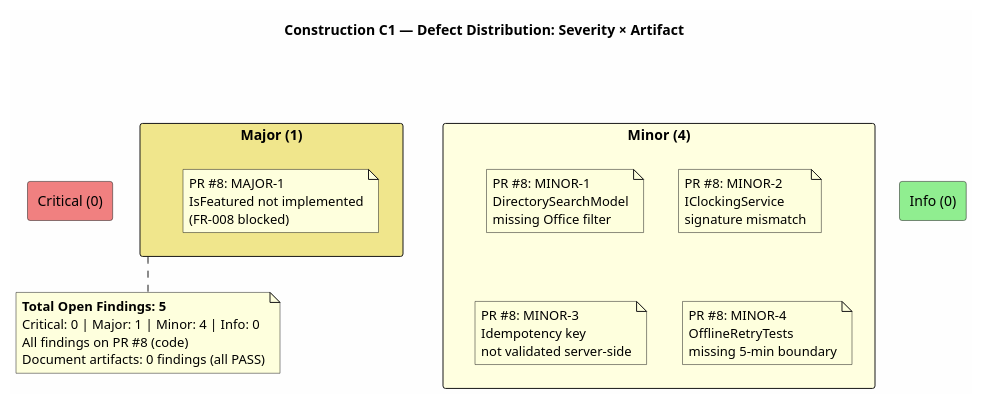
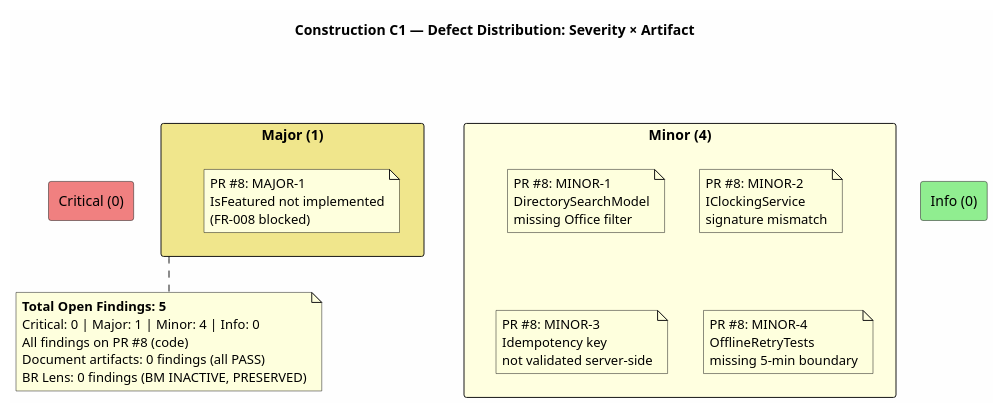
One commit to banense-test/portal-cuba-corp changed the third of 4 diagrams in docs/artifacts/project-management/review-record.md. Above: the diagram before and after it, drawn with PlantUML. The commit also changed other lines of this file, not shown here.

````diff
--- a/docs/artifacts/project-management/review-record.md
+++ b/docs/artifacts/project-management/review-record.md
@@ -170,37 +252,38 @@
 ```plantuml
 @startuml
 title Construction C1 — Defect Distribution: Severity × Artifact
 
 skinparam backgroundColor #FEFEFE
 skinparam shadowing false
 
 rectangle "Critical (0)" as crit #LightCoral {
 }
 
 rectangle "Major (1)" as maj #Khaki {
   note "PR #8: MAJOR-1\nIsFeatured not implemented\n(FR-008 blocked)" as maj_note
 }
 
 rectangle "Minor (4)" as min #LightYellow {
   note "PR #8: MINOR-1\nDirectorySearchModel\nmissing Office filter" as min1
   note "PR #8: MINOR-2\nIClockingService\nsignature mismatch" as min2
   note "PR #8: MINOR-3\nIdempotency key\nnot validated server-side" as min3
   note "PR #8: MINOR-4\nOfflineRetryTests\nmissing 5-min boundary" as min4
 }
 
 rectangle "Info (0)" as info #LightGreen {
 }
 
 crit -[hidden]right-> maj
 maj -[hidden]right-> min
 min -[hidden]right-> info
 
 note bottom of maj
   **Total Open Findings: 5**
   Critical: 0 | Major: 1 | Minor: 4 | Info: 0
   All findings on PR #8 (code)
   Document artifacts: 0 findings (all PASS)
+  BR Lens: 0 findings (BM INACTIVE, PRESERVED)
 end note
 
 @enduml
 ```
````
